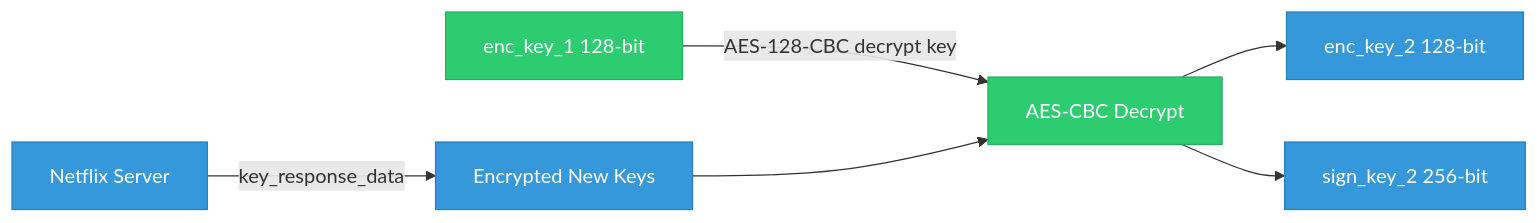
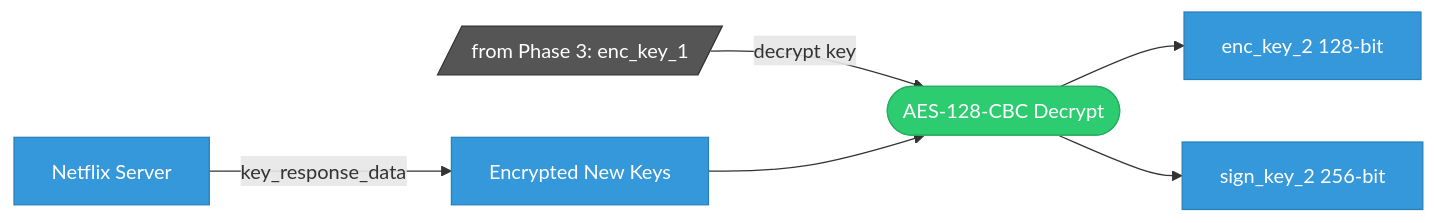
The fifth of 9 diagrams in docs/spec/msl_key_relationship.md (qtmleap/revkit), drawn with Mermaid before and after one commit. The commit also changed other lines of this file, not shown here.

First line of the commit message:
docs(spec): Mermaid 図の記法を統一

````diff
--- a/docs/spec/msl_key_relationship.md
+++ b/docs/spec/msl_key_relationship.md
@@ -110,15 +115,15 @@
 ```mermaid
 graph LR
     SERVER["Netflix Server"] -->|key_response_data| KRD["Encrypted New Keys"]
-    ENC1["enc_key_1 128-bit"] -->|AES-128-CBC decrypt key| DECRYPT["AES-CBC Decrypt"]
-    KRD --> DECRYPT
-    DECRYPT --> ENC2["enc_key_2 128-bit"]
-    DECRYPT --> SIGN2["sign_key_2 256-bit"]
+    FROM_P3b[/"from Phase 3: enc_key_1"/] -->|decrypt key| OP_DEC(["AES-128-CBC Decrypt"])
+    KRD --> OP_DEC
+    OP_DEC --> ENC2["enc_key_2 128-bit"]
+    OP_DEC --> SIGN2["sign_key_2 256-bit"]
 
     style SERVER fill:#3498db,stroke:#2980b9,color:#fff
     style KRD fill:#3498db,stroke:#2980b9,color:#fff
-    style ENC1 fill:#2ecc71,stroke:#27ae60,color:#fff
-    style DECRYPT fill:#2ecc71,stroke:#27ae60,color:#fff
+    style FROM_P3b fill:#555,stroke:#333,color:#fff
+    style OP_DEC fill:#2ecc71,stroke:#27ae60,color:#fff
     style ENC2 fill:#3498db,stroke:#2980b9,color:#fff
     style SIGN2 fill:#3498db,stroke:#2980b9,color:#fff
 ```
````
